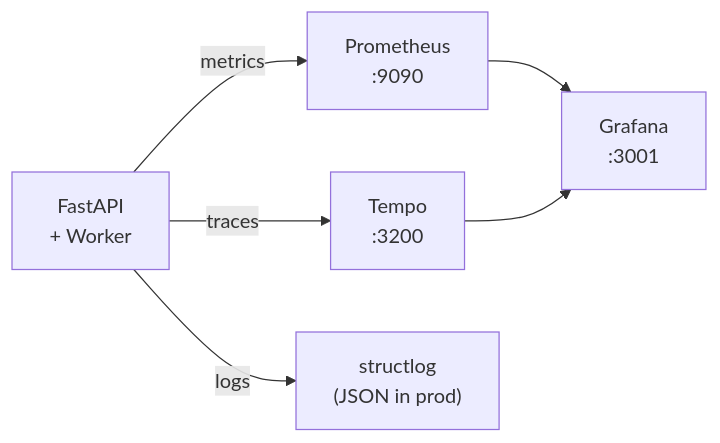
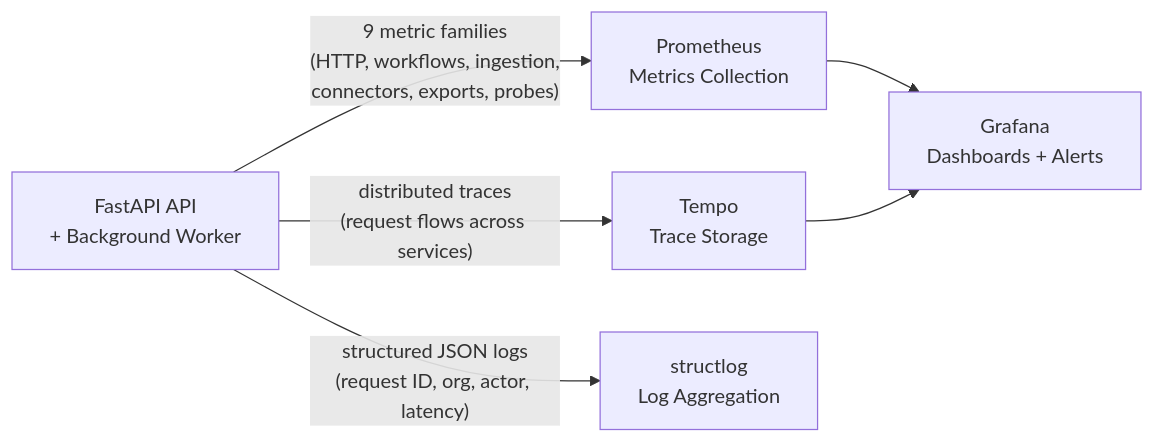
The fifth of 6 diagrams in README.md (Mehulupase01/CrewAI-Enterprise-Pipeline-Multi-Agent-Due-Diligence-System), drawn with Mermaid before and after one commit. The commit also changed other lines of this file and 13 other files, not shown here.

````diff
--- a/README.md
+++ b/README.md
@@ -225,8 +263,8 @@
 ```mermaid
 flowchart LR
-    API["FastAPI\n+ Worker"] -->|metrics| P["Prometheus\n:9090"]
-    API -->|traces| T["Tempo\n:3200"]
-    API -->|logs| S["structlog\n(JSON in prod)"]
-    P --> G["Grafana\n:3001"]
+    API["FastAPI API\n+ Background Worker"] -->|"9 metric families\n(HTTP, workflows, ingestion,\nconnectors, exports, probes)"| P["Prometheus\nMetrics Collection"]
+    API -->|"distributed traces\n(request flows across services)"| T["Tempo\nTrace Storage"]
+    API -->|"structured JSON logs\n(request ID, org, actor, latency)"| S["structlog\nLog Aggregation"]
+    P --> G["Grafana\nDashboards + Alerts"]
     T --> G
 ```
````
